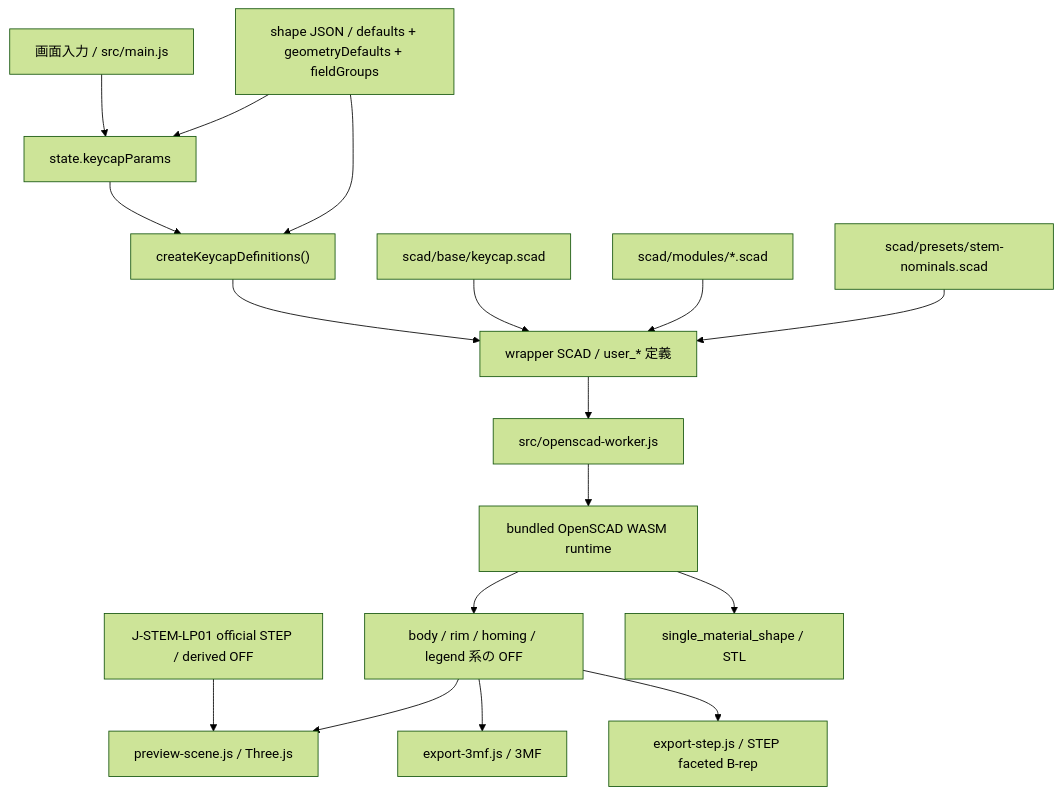
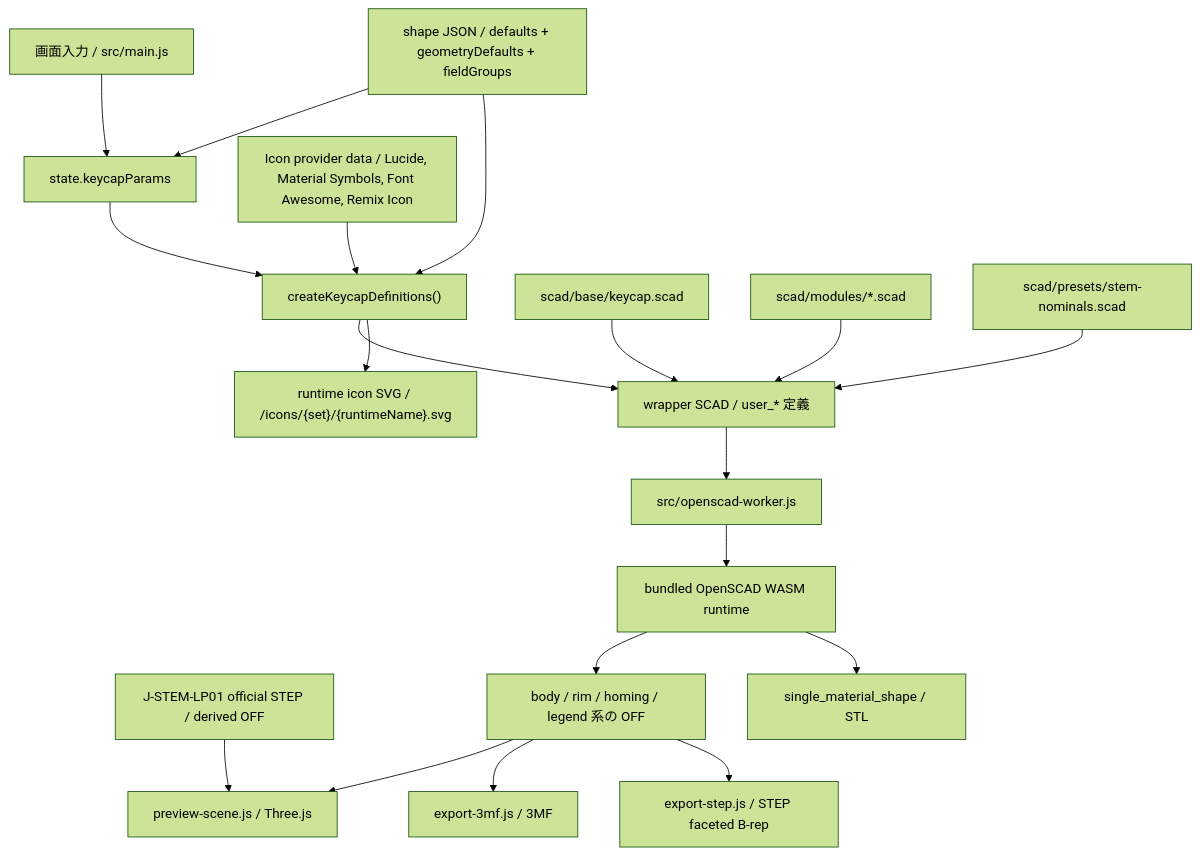
The diagram in docs/architecture/scad-and-export.md (Masashi-desu/KeycapMaker), drawn with Mermaid (forest theme) before and after one commit. The commit also changed other lines of this file and 39 other files, not shown here.

````diff
--- a/docs/architecture/scad-and-export.md
+++ b/docs/architecture/scad-and-export.md
@@ -92,19 +93,21 @@
 ```mermaid
 flowchart TD
   screen["画面入力 / src/main.js"] --> state["state.keycapParams"]
   shapeJson["shape JSON / defaults + geometryDefaults + fieldGroups"] --> state
   state --> bridge["createKeycapDefinitions()"]
   shapeJson --> bridge
+  icons["Icon provider data / Lucide, Material Symbols, Font Awesome, Remix Icon"] --> bridge
   bridge --> wrapper["wrapper SCAD / user_* 定義"]
+  bridge --> iconSvg["runtime icon SVG / /icons/{set}/{runtimeName}.svg"]
   stepAsset["J-STEM-LP01 official STEP / derived OFF"] --> preview
   scadEntry["scad/base/keycap.scad"] --> wrapper
   scadModules["scad/modules/*.scad"] --> wrapper
   stemNominals["scad/presets/stem-nominals.scad"] --> wrapper
   wrapper --> worker["src/openscad-worker.js"]
   worker --> wasm["bundled OpenSCAD WASM runtime"]
   wasm --> off["body / rim / homing / legend 系の OFF"]
   off --> preview["preview-scene.js / Three.js"]
   off --> export3mf["export-3mf.js / 3MF"]
   off --> exportStep["export-step.js / STEP faceted B-rep"]
   wasm --> exportStl["single_material_shape / STL"]
 ```
````
